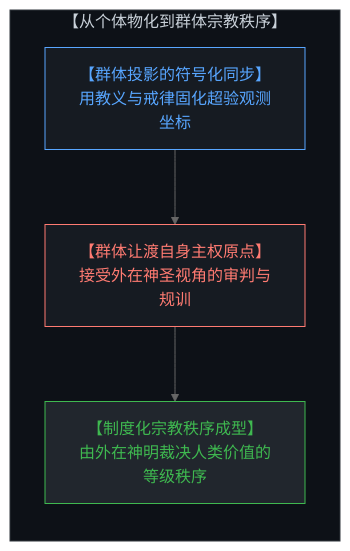
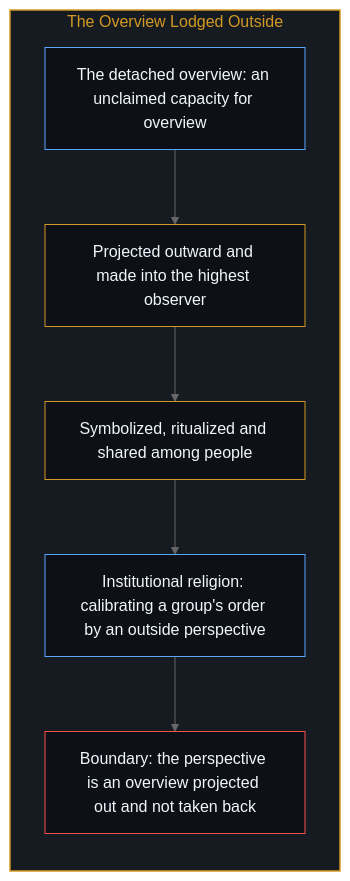
One commit to powerpig99/not-a-toe changed the fourth of 12 diagrams in content/posts/the-origin-of-god-and-the-flattening-of-we.md. Above: the diagram before and after it, drawn with Mermaid (neutral theme). The commit also changed other lines of this file and 2 other files, not shown here.

Commit message:
Refine the-origin-of-god: alternating bilingual layout, six paired diagrams, the overview as a reading, implicit first person

````diff
--- a/content/posts/the-origin-of-god-and-the-flattening-of-we.md
+++ b/content/posts/the-origin-of-god-and-the-flattening-of-we.md
@@ -85,15 +98,22 @@
 ```mermaid
-graph TD
-    subgraph InstitutionalReligion["【从个体物化到群体宗教秩序】"]
+flowchart TD
+    subgraph S_God["The Overview Lodged Outside"]
         direction TB
-        SharedProjection["【群体投影的符号化同步】<br>用教义与戒律固化超验观测坐标"]
-        CollectiveSurrender["【群体让渡自身主权原点】<br>接受外在神圣视角的审判与规训"]
-        ReligiousOrder["【制度化宗教秩序成型】<br>由外在神明裁决人类价值的等级秩序"]
-        SharedProjection --> CollectiveSurrender
-        CollectiveSurrender --> ReligiousOrder
+        Detached["The detached overview: an unclaimed capacity for overview"]
+        Outward["Projected outward and made into the highest observer"]
+        Shared["Symbolized, ritualized and shared among people"]
+        Order["Institutional religion: calibrating a group's order by an outside perspective"]
+        Unclaimed["Boundary: the perspective is an overview projected out and not taken back"]
+        Detached --> Outward
+        Outward --> Shared
+        Shared --> Order
+        Order --> Unclaimed
     end
-    style InstitutionalReligion fill:#0d1117,stroke:#30363d,stroke-width:1px,color:#c9d1d9
-    style SharedProjection fill:#161b22,stroke:#58a6ff,stroke-width:1px,color:#58a6ff
-    style CollectiveSurrender fill:#161b22,stroke:#ff7b72,stroke-width:1px,color:#ff7b72
-    style ReligiousOrder fill:#21262d,stroke:#3fb950,stroke-width:1px,color:#3fb950
+
+    style S_God fill:#161b22,stroke:#d29922,stroke-width:1.5px,color:#d29922
+    style Detached fill:#0d1117,stroke:#58a6ff,stroke-width:1px,color:#f0f6fc
+    style Outward fill:#0d1117,stroke:#d29922,stroke-width:1px,color:#f0f6fc
+    style Shared fill:#0d1117,stroke:#d29922,stroke-width:1px,color:#f0f6fc
+    style Order fill:#0d1117,stroke:#58a6ff,stroke-width:1px,color:#f0f6fc
+    style Unclaimed fill:#0d1117,stroke:#f85149,stroke-width:1px,color:#f0f6fc
 ```
````
